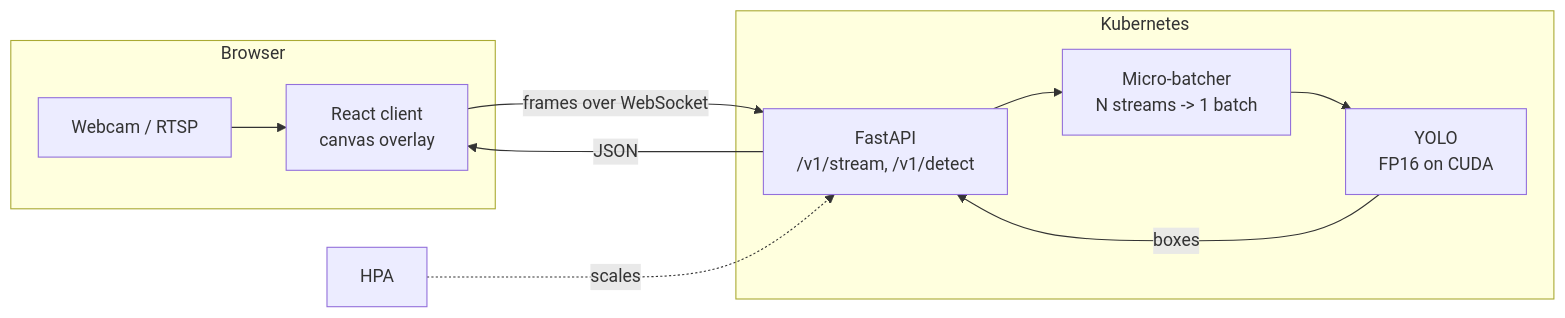
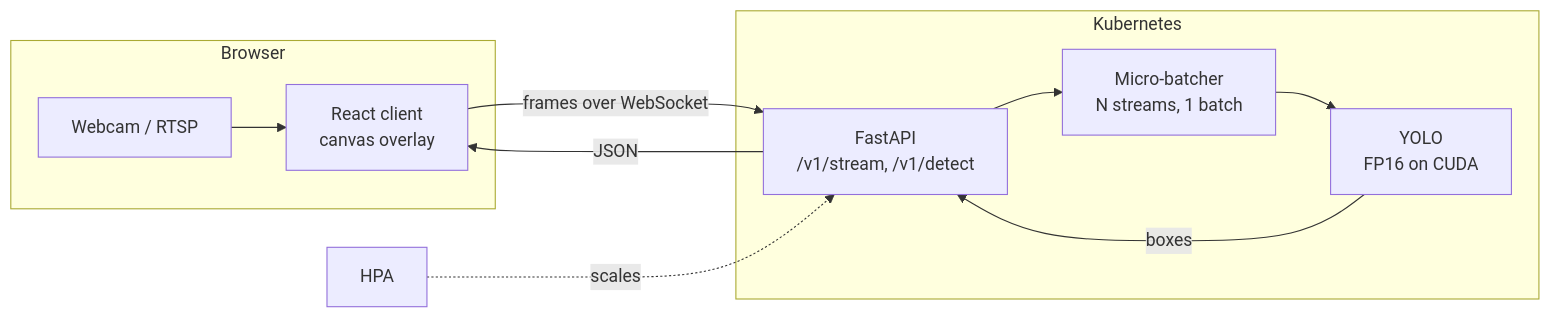
Before and after one commit to mohammadazam7/ai_multimodal_assistant: the diagram in README.md, drawn with Mermaid. The commit also changed other lines of this file, not shown here.

````diff
--- a/README.md
+++ b/README.md
@@ -21,16 +19,16 @@
 ```mermaid
 flowchart LR
     subgraph Browser
       CAM[Webcam / RTSP] --> UI[React client<br/>canvas overlay]
     end
     UI -- frames over WebSocket --> API[FastAPI<br/>/v1/stream, /v1/detect]
-    API --> B[Micro-batcher<br/>N streams -> 1 batch]
+    API --> B[Micro-batcher<br/>N streams, 1 batch]
     B --> M[YOLO<br/>FP16 on CUDA]
     M -- boxes --> API -- JSON --> UI
     subgraph Kubernetes
       API
       B
       M
     end
     HPA[HPA] -. scales .-> API
 ```
````
